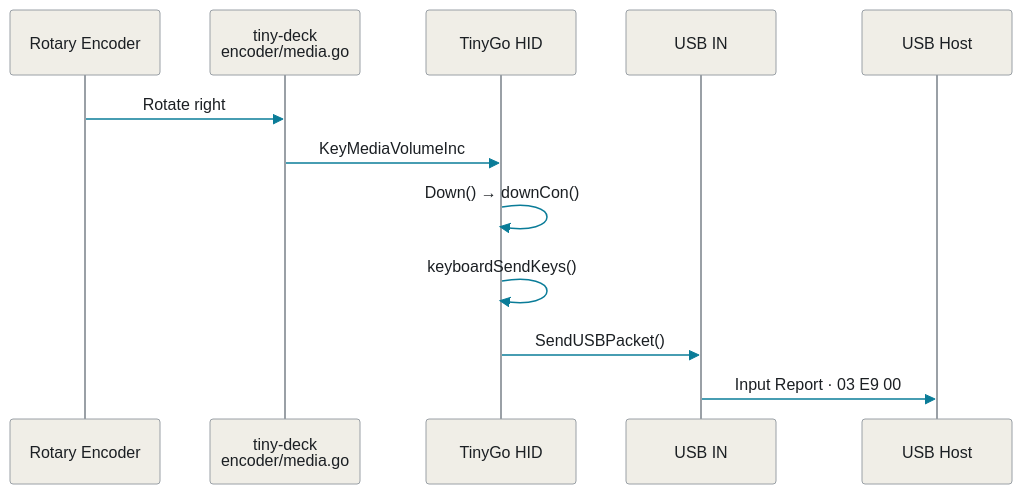
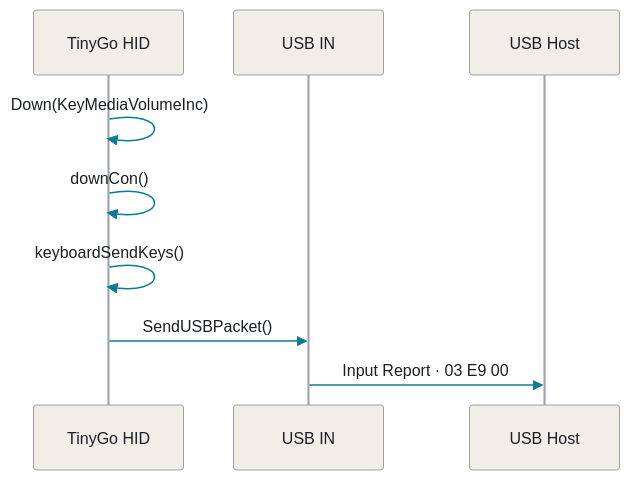
The diagram in slides/diagrams/understanding-hid-through-tinygo/seq-device.mmd (rin2yh/slides), drawn with Mermaid before and after one commit. The commit also changed 2 other files, not shown here.

Commit message:
Expand TinyGo HID code walkthrough

```diff
--- a/slides/diagrams/understanding-hid-through-tinygo/seq-device.mmd
+++ b/slides/diagrams/understanding-hid-through-tinygo/seq-device.mmd
@@ -1,14 +1,11 @@
 %%{init: {"theme":"base","fontFamily":"Hiragino Sans, sans-serif","themeVariables":{"primaryColor":"#f0eee7","primaryTextColor":"#1b1f23","primaryBorderColor":"#9aa0a6","lineColor":"#0a7c98","secondaryColor":"#fbfaf7","tertiaryColor":"#fbfaf7","fontSize":"18px","actorBkg":"#f0eee7","actorBorder":"#9aa0a6","actorTextColor":"#1b1f23","signalColor":"#0a7c98","signalTextColor":"#1b1f23","noteBkgColor":"#d9eef2","noteTextColor":"#1b1f23","noteBorderColor":"#0a7c98"}}}%%
 sequenceDiagram
-  participant ENC as Rotary Encoder
-  participant TD as tiny-deck<br/>encoder/media.go
   participant TG as TinyGo HID
   participant USB as USB IN
   participant HOST as USB Host
 
-  ENC->>TD: Rotate right
-  TD->>TG: KeyMediaVolumeInc
-  TG->>TG: Down() → downCon()
+  TG->>TG: Down(KeyMediaVolumeInc)
+  TG->>TG: downCon()
   TG->>TG: keyboardSendKeys()
   TG->>USB: SendUSBPacket()
   USB->>HOST: Input Report · 03 E9 00
```
